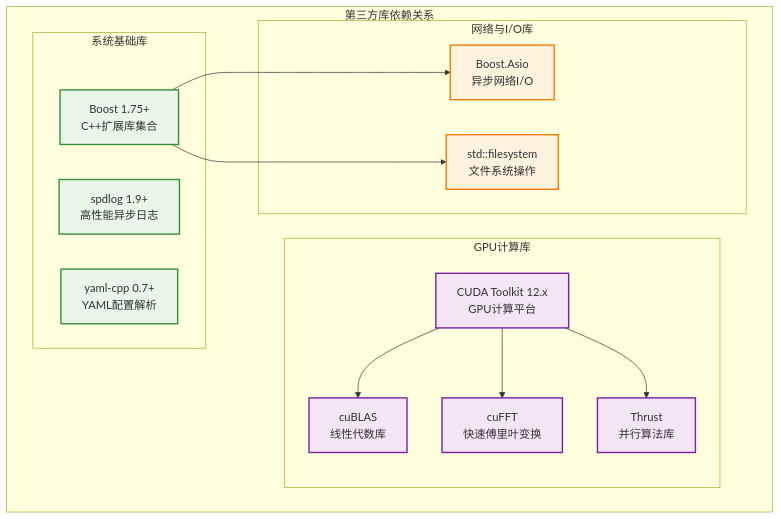
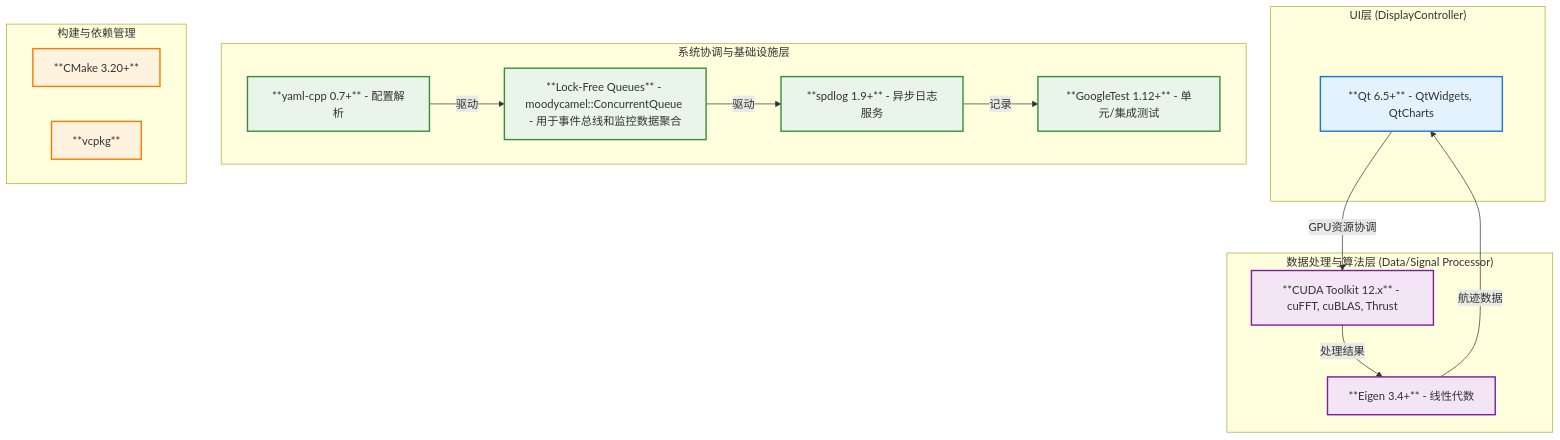
The second of 3 diagrams in docs/01_项目设计/01_项目设计/02_技术选型与平台.md (wendizhou99-cell/Radar), drawn with Mermaid before and after one commit. The commit also changed other lines of this file and 27 other files, not shown here.

````diff
--- a/docs/01_项目设计/01_项目设计/02_技术选型与平台.md
+++ b/docs/01_项目设计/01_项目设计/02_技术选型与平台.md
@@ -226,36 +84,41 @@
 ```mermaid
-graph TB
-    subgraph "第三方库依赖关系"
-        subgraph "系统基础库"
-            BOOST[Boost 1.75+<br/>C++扩展库集合]
-            SPDLOG[spdlog 1.9+<br/>高性能异步日志]
-            YAML_CPP[yaml-cpp 0.7+<br/>YAML配置解析]
-        end
-
-        subgraph "GPU计算库"
-            CUDA_TOOLKIT[CUDA Toolkit 12.x<br/>GPU计算平台]
-            CUBLAS[cuBLAS<br/>线性代数库]
-            CUFFT[cuFFT<br/>快速傅里叶变换]
-            THRUST[Thrust<br/>并行算法库]
-        end
-
-        subgraph "网络与I/O库"
-            ASIO[Boost.Asio<br/>异步网络I/O]
-            FILESYSTEM[std::filesystem<br/>文件系统操作]
-        end
-
-        BOOST --> ASIO
-        BOOST --> FILESYSTEM
-        CUDA_TOOLKIT --> CUBLAS
-        CUDA_TOOLKIT --> CUFFT
-        CUDA_TOOLKIT --> THRUST
+graph TD
+    subgraph "UI层 (DisplayController)"
+        QT6[**Qt 6.5+** - QtWidgets, QtCharts]
     end
 
-    classDef system fill:#e8f5e8,stroke:#388e3c,stroke-width:2px
-    classDef gpu fill:#f3e5f5,stroke:#7b1fa2,stroke-width:2px
-    classDef network fill:#fff3e0,stroke:#f57c00,stroke-width:2px
+    subgraph "数据处理与算法层 (Data/Signal Processor)"
+        CUDA[**CUDA Toolkit 12.x** - cuFFT, cuBLAS, Thrust]
+        EIGEN[**Eigen 3.4+** - 线性代数]
+    end
 
-    class BOOST,SPDLOG,YAML_CPP system
-    class CUDA_TOOLKIT,CUBLAS,CUFFT,THRUST gpu
-    class ASIO,FILESYSTEM network
+    subgraph "系统协调与基础设施层"
+        EVENTBUS_IMPL[**Lock-Free Queues** - moodycamel::ConcurrentQueue - 用于事件总线和监控数据聚合]
+        LOGGING[**spdlog 1.9+** - 异步日志服务]
+        CONFIG[**yaml-cpp 0.7+** - 配置解析]
+        TESTING[**GoogleTest 1.12+** - 单元/集成测试]
+    end
+
+    subgraph "构建与依赖管理"
+        CMAKE[**CMake 3.20+**]
+        VCPKG[**vcpkg**]
+    end
+
+    QT6 -- "GPU资源协调" --> CUDA
+    CUDA -- "处理结果" --> EIGEN
+    EIGEN -- "航迹数据" --> QT6
+
+    EVENTBUS_IMPL -- "驱动" --> LOGGING
+    CONFIG -- "驱动" --> EVENTBUS_IMPL
+    LOGGING -- "记录" --> TESTING
+
+    classDef ui fill:#e3f2fd,stroke:#1976d2,stroke-width:2px
+    classDef data fill:#f3e5f5,stroke:#7b1fa2,stroke-width:2px
+    classDef infra fill:#e8f5e8,stroke:#388e3c,stroke-width:2px
+    classDef build fill:#fff3e0,stroke:#f57c00,stroke-width:2px
+
+    class QT6 ui
+    class CUDA,EIGEN data
+    class EVENTBUS_IMPL,LOGGING,CONFIG,TESTING infra
+    class CMAKE,VCPKG build
 ```
````
